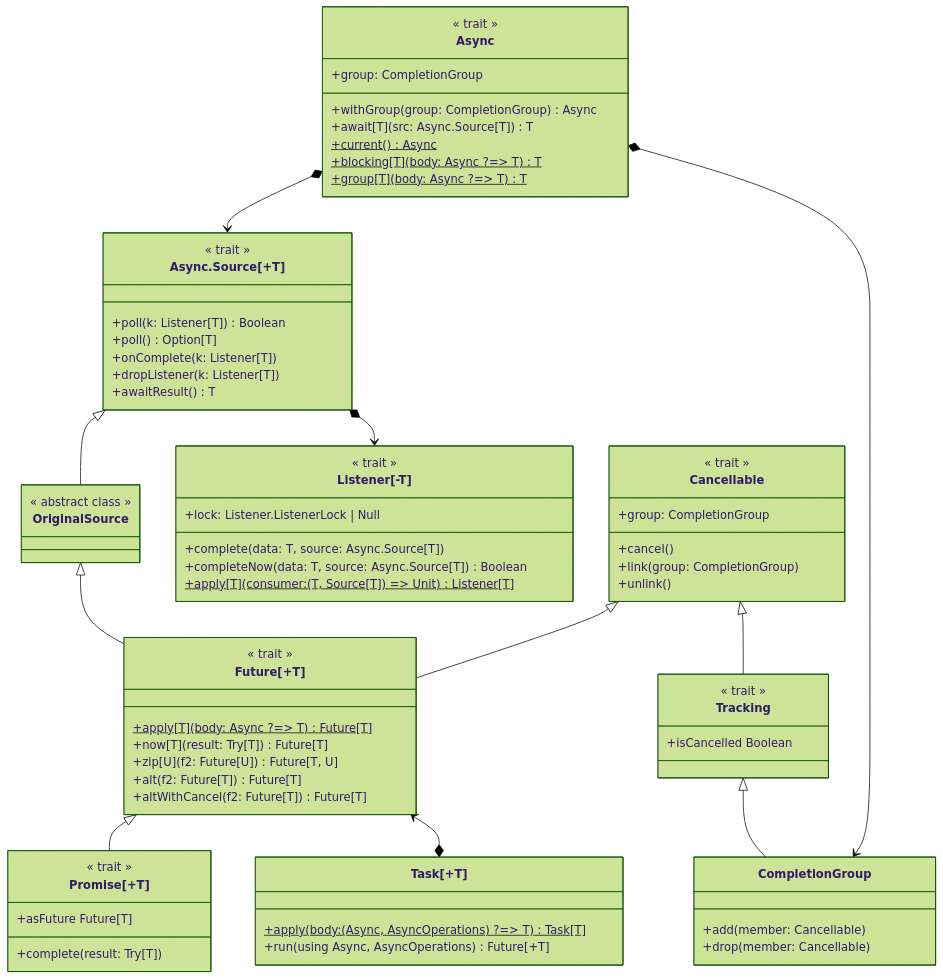
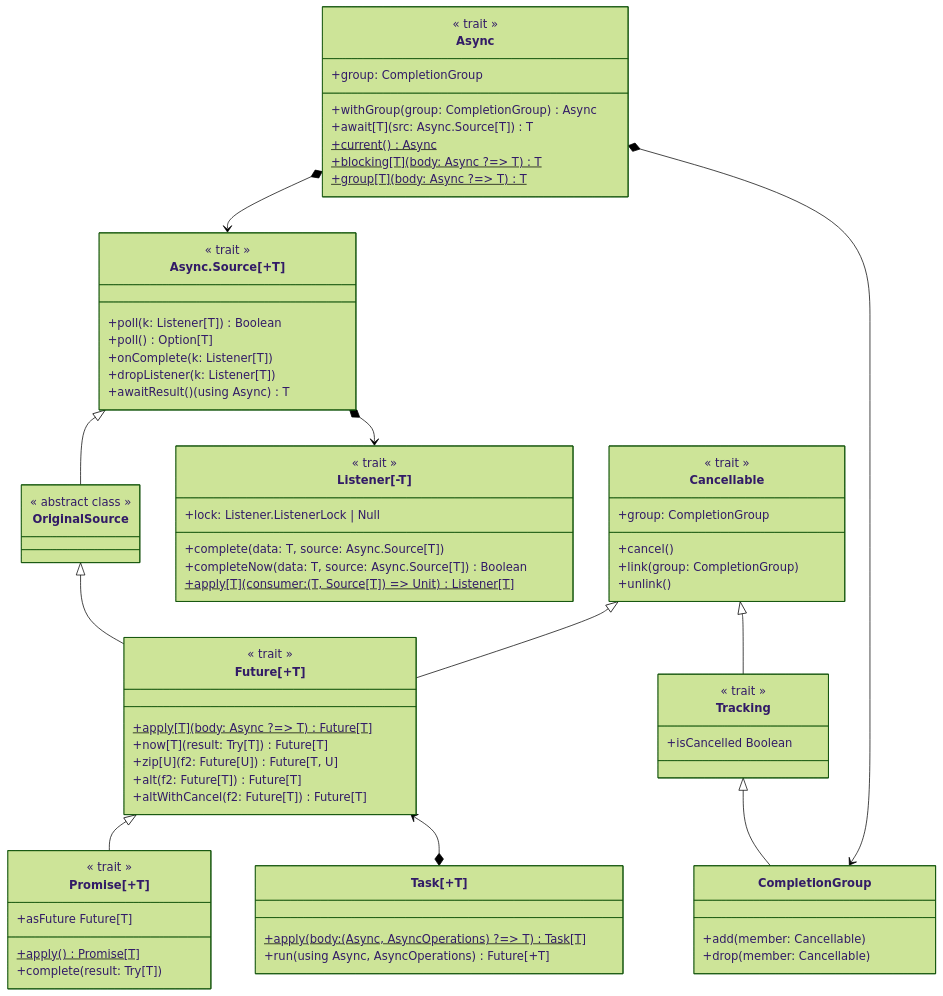
One commit to tassiluca/direct-style-experiments changed the diagram in docs/content/docs/02-basics.md. Above: the diagram before and after it, drawn with Mermaid (forest theme). The commit also changed other lines of this file and 2 other files, not shown here.

```diff
--- a/docs/content/docs/02-basics.md
+++ b/docs/content/docs/02-basics.md
@@ -194,7 +194,7 @@
     +poll() Option[T]
     +onComplete(k: Listener[T])
     +dropListener(k: Listener[T])
-    +awaitResult() T
+    +awaitResult()(using Async) T
   }
 
   Async *--> `Async.Source[+T]`
@@ -224,6 +224,7 @@
   }
   class `Promise[+T]` {
     << trait >>
+    +apply() Promise[T]$
     +asFuture Future[T]
     +complete(result: Try[T])
   }
```
